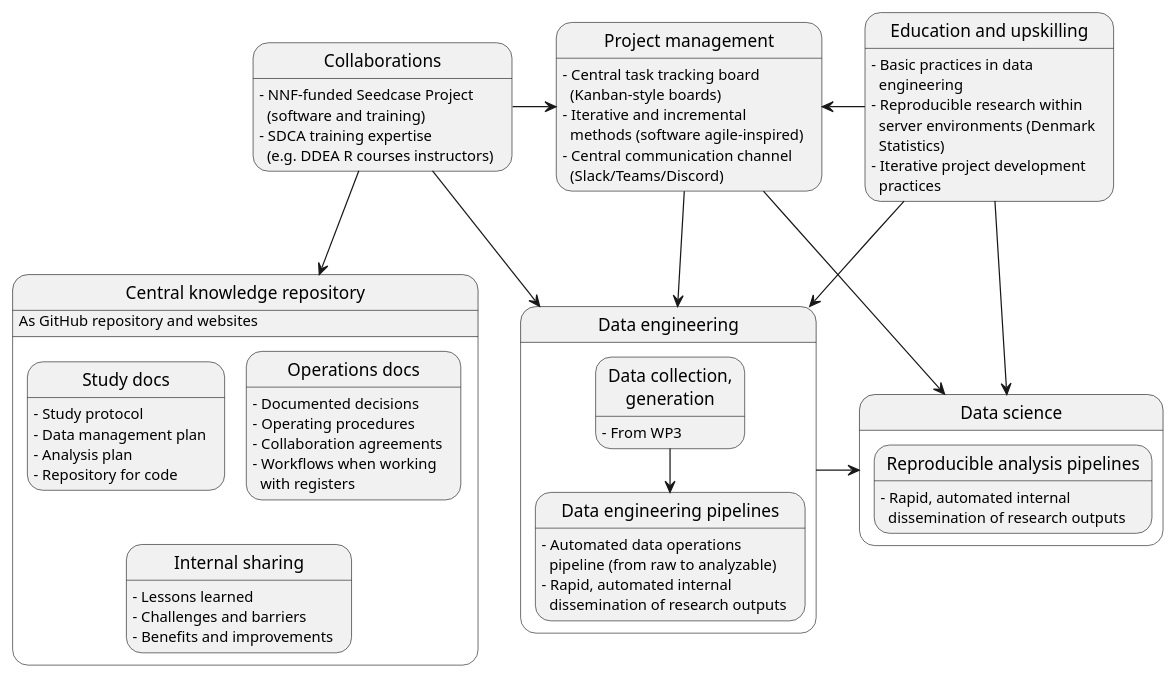
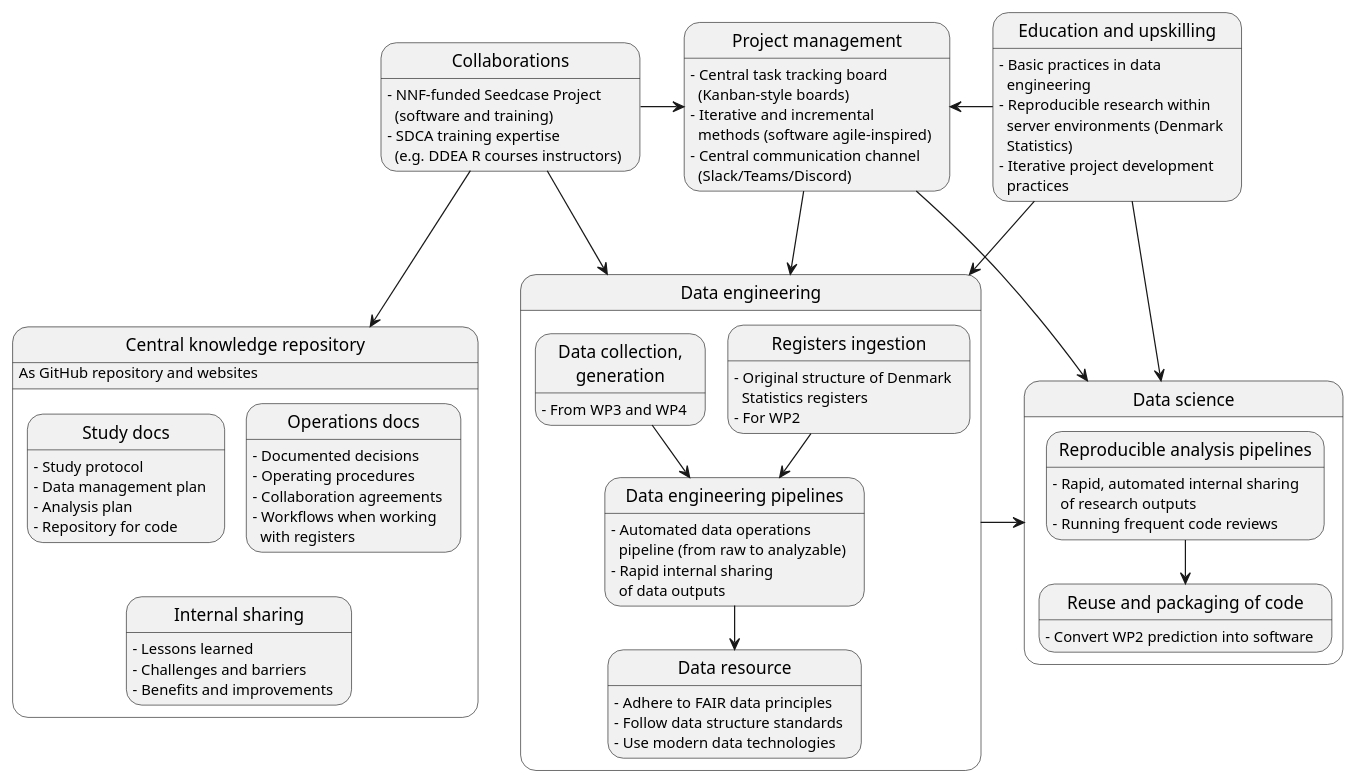
Before and after one commit to steno-aarhus/dp-next: the diagram in wp1/images/actions.puml, drawn with PlantUML.

Commit message:
docs(figures): :memo: expand on data science section, as well as data resource in actions image

```diff
--- a/wp1/images/actions.puml
+++ b/wp1/images/actions.puml
@@ -1,71 +1,88 @@
 @startuml actions
 
 state "Central knowledge repository" as ckr { 
   ckr : As GitHub repository and websites 
   state "Study docs" as sd
   sd : - Study protocol
   sd : - Data management plan
   sd : - Analysis plan
   sd : - Repository for code
 
   state "Operations docs" as od
   od : - Documented decisions
   od : - Operating procedures
   od : - Collaboration agreements
   od : - Workflows when working\n  with registers
   
   state "Internal sharing" as share
   share : - Lessons learned
   share : - Challenges and barriers
   share : - Benefits and improvements
 }
 
 state "Data engineering" as de {
   state "Data collection,\ngeneration" as dc
-  dc : - From WP3
+  dc : - From WP3 and WP4
+  
+  state "Registers ingestion" as ri
+  ri : - Original structure of Denmark\n  Statistics registers
+  ri : - For WP2
 
   state "Data engineering pipelines" as dep
   dep : - Automated data operations\n  pipeline (from raw to analyzable)
-  dep : - Rapid, automated internal\n  dissemination of research outputs
+  dep : - Rapid internal sharing\n  of data outputs
+
+  state "Data resource" as dr
+  dr : - Adhere to FAIR data principles
+  dr : - Follow data structure standards
+  dr : - Use modern data technologies
 }
 
 state "Data science" as ds {
   state "Reproducible analysis pipelines" as rap
-  rap : - Rapid, automated internal\n  dissemination of research outputs
+  rap : - Rapid, automated internal sharing\n  of research outputs
+  rap : - Running frequent code reviews
 
+  state "Reuse and packaging of code" as pkg
+  pkg : - Convert WP2 prediction into software
 }
 
 state "Project management" as pm
 pm : - Central task tracking board\n  (Kanban-style boards)
 pm : - Iterative and incremental\n  methods (software agile-inspired)
 pm : - Central communication channel\n  (Slack/Teams/Discord)
 
 state "Education and upskilling" as edu
 edu : - Basic practices in data\n  engineering
 edu : - Reproducible research within\n  server environments (Denmark\n  Statistics)
 edu : - Iterative project development\n  practices
 
 
 state "Collaborations" as collab
 collab : - NNF-funded Seedcase Project\n  (software and training)
 collab : - SDCA training expertise\n  (e.g. DDEA R courses instructors)
 
 ckr -[hidden]> de
 de -> ds
 
 sd -[hidden]-> share
 od -[hidden]-> share
 
 pm --> de
 pm --> ds
 dc --> dep
+dc -[hidden]> ri
+ri --> dep
+dep --> dr
 
 collab -> pm
 collab --> ckr
 collab --> de
 
 edu -left> pm
 edu --> de
 edu --> ds
 
+rap --> pkg
+
 @enduml
```
